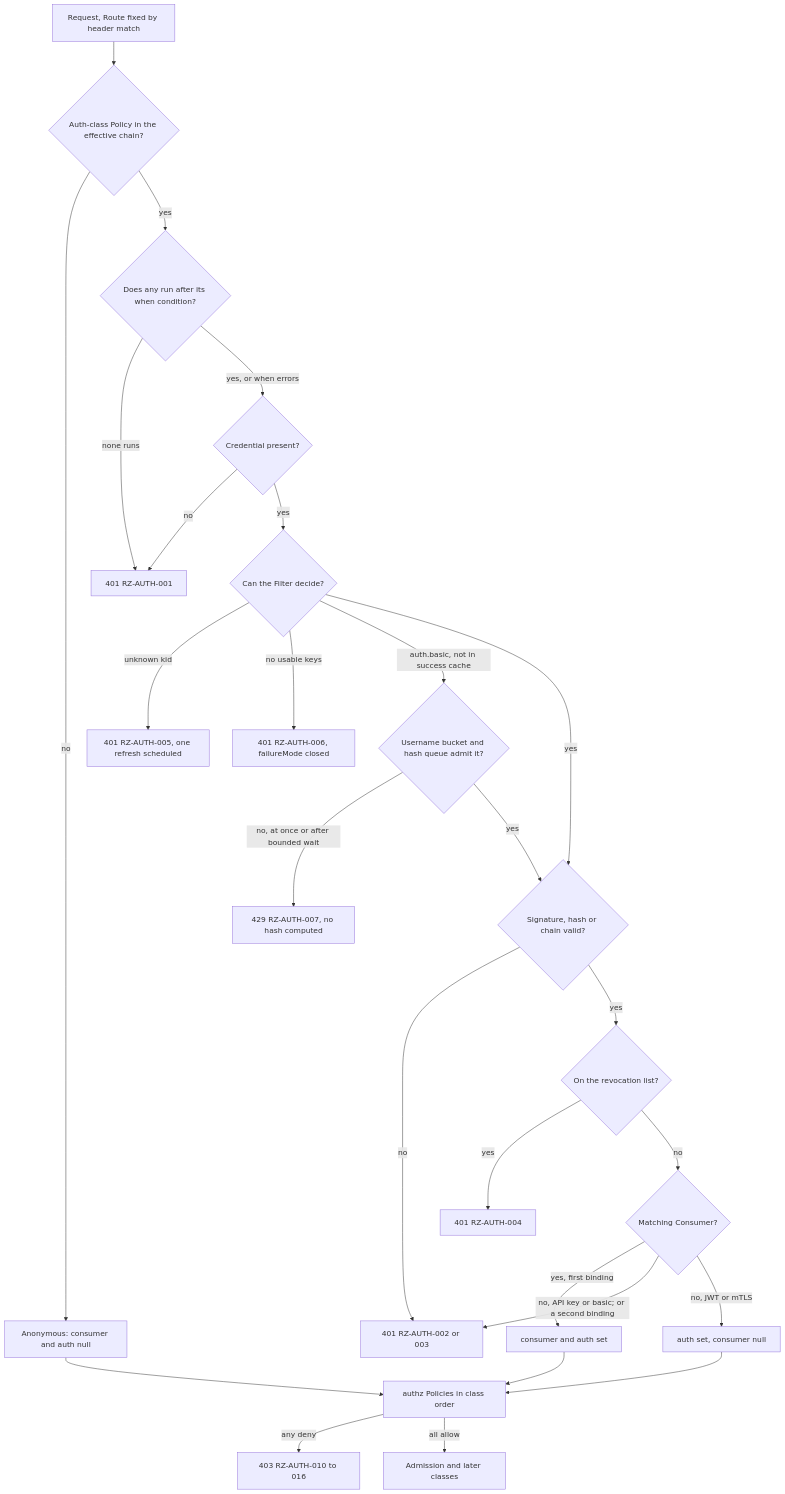
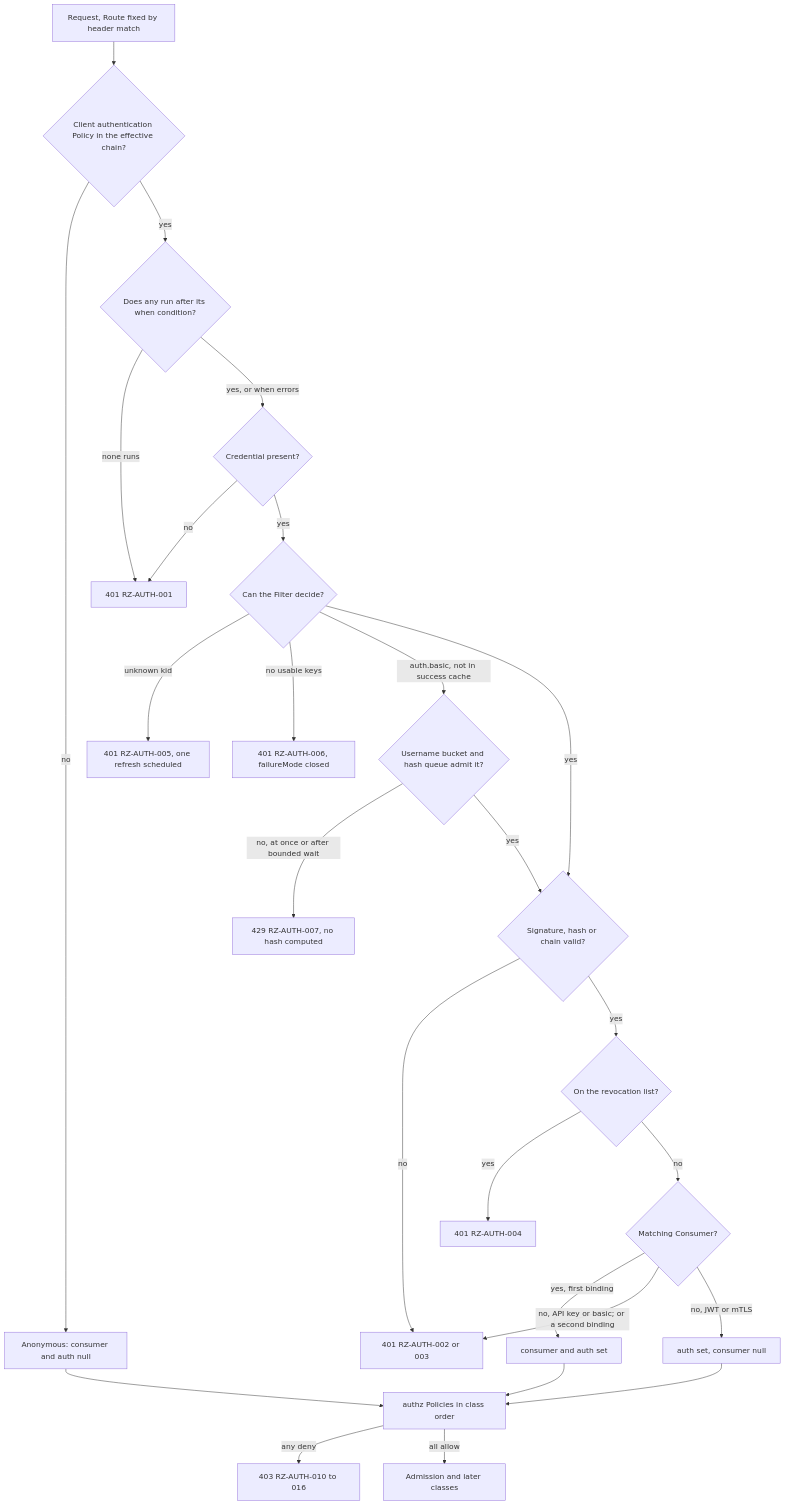
Before and after one commit to ravindu-rev/ruralz: the second of 3 diagrams in docs/architecture/08-security-and-identity.md, drawn with Mermaid. The commit also changed other lines of this file and 399 other files, not shown here.

````diff
--- a/docs/architecture/08-security-and-identity.md
+++ b/docs/architecture/08-security-and-identity.md
@@ -175,28 +175,28 @@
 ```mermaid
 flowchart TD
-    A["Request, Route fixed by header match"] --> B{"Auth-class Policy in the effective chain?"}
+    A["Request, Route fixed by header match"] --> B{"Client authentication Policy in the effective chain?"}
     B -- "no" --> AN["Anonymous: consumer and auth null"]
     B -- "yes" --> W{"Does any run after its when condition?"}
     W -- "none runs" --> R1["401 RZ-AUTH-001"]
     W -- "yes, or when errors" --> C{"Credential present?"}
     C -- "no" --> R1
     C -- "yes" --> D{"Can the Filter decide?"}
     D -- "unknown kid" --> R5["401 RZ-AUTH-005, one refresh scheduled"]
     D -- "no usable keys" --> R6["401 RZ-AUTH-006, failureMode closed"]
     D -- "auth.basic, not in success cache" --> L{"Username bucket and hash queue admit it?"}
     L -- "no, at once or after bounded wait" --> R7["429 RZ-AUTH-007, no hash computed"]
     L -- "yes" --> E{"Signature, hash or chain valid?"}
     D -- "yes" --> E
     E -- "no" --> R2["401 RZ-AUTH-002 or 003"]
     E -- "yes" --> F{"On the revocation list?"}
     F -- "yes" --> R4["401 RZ-AUTH-004"]
     F -- "no" --> G{"Matching Consumer?"}
     G -- "yes, first binding" --> H["consumer and auth set"]
     G -- "no, API key or basic; or a second binding" --> R2
     G -- "no, JWT or mTLS" --> J["auth set, consumer null"]
     AN --> Z["authz Policies in class order"]
     H --> Z
     J --> Z
     Z -- "any deny" --> R3["403 RZ-AUTH-010 to 016"]
     Z -- "all allow" --> OK["Admission and later classes"]
 ```
````
